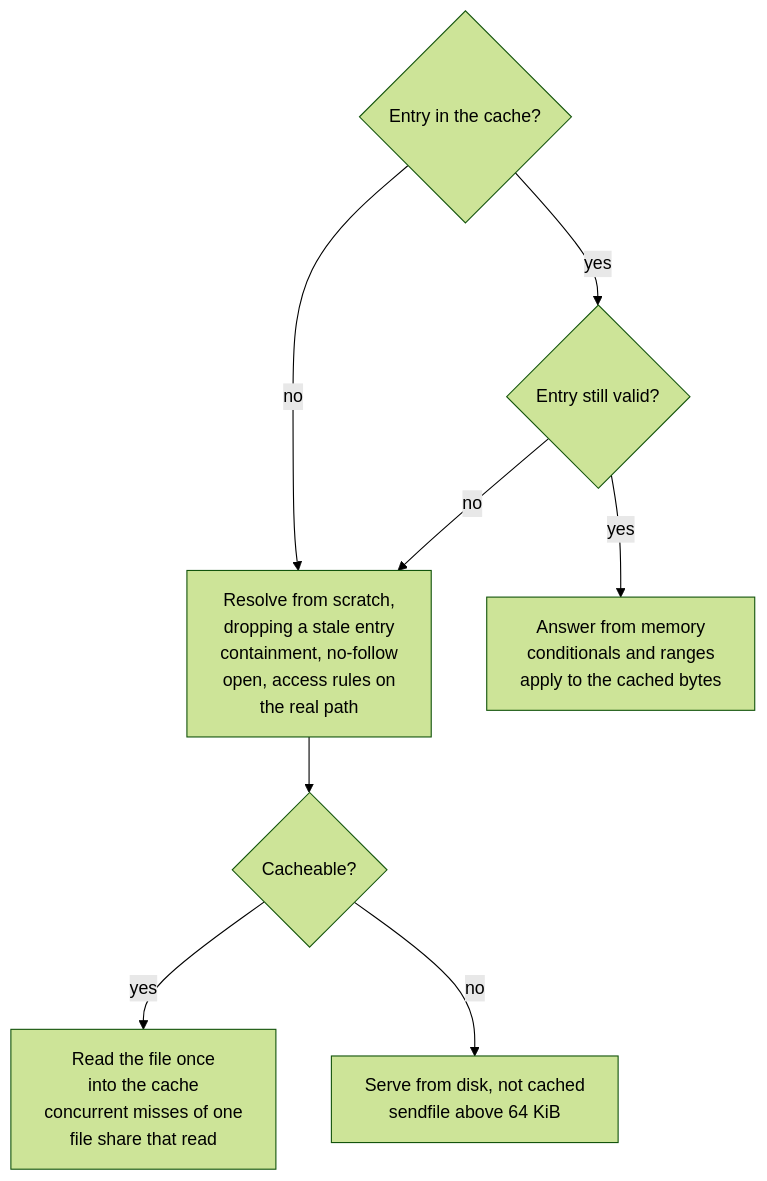
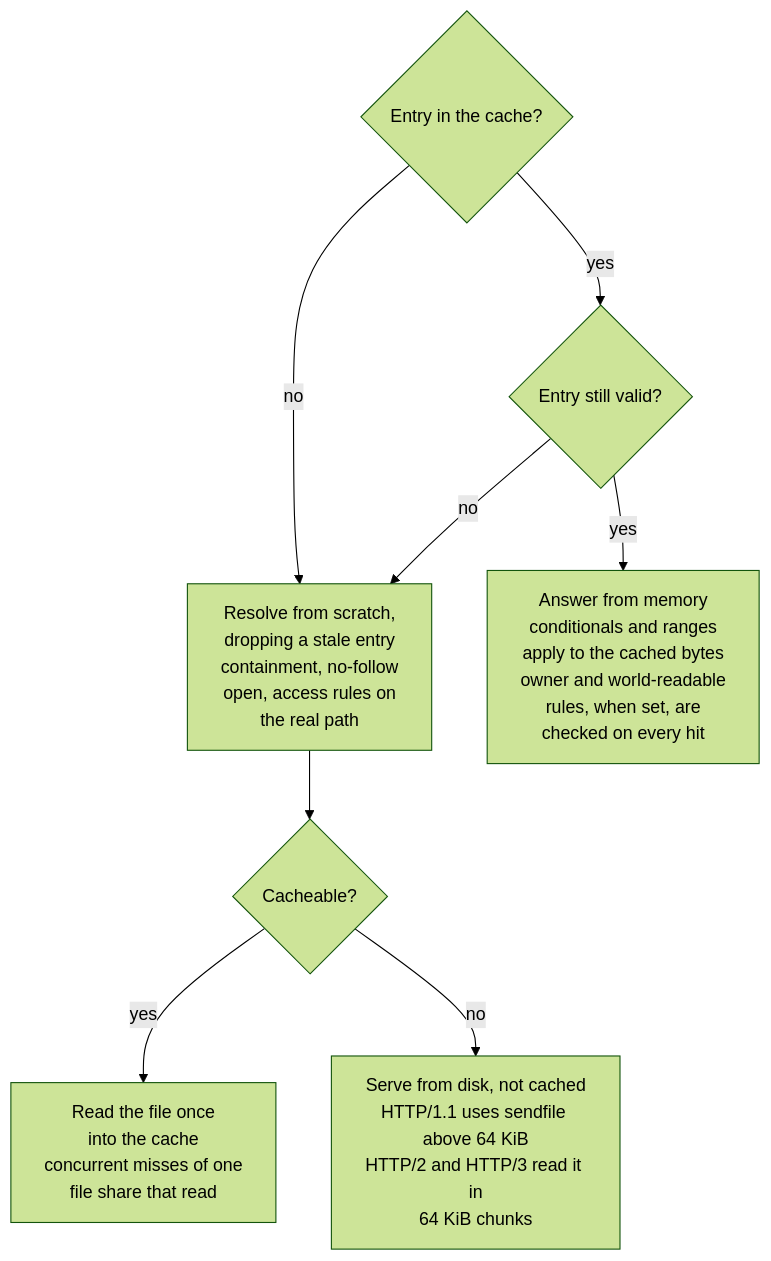
The first of 2 diagrams in docs/user/caching-and-ranges.md (BlivionIaG/sjws_nettask), drawn with Mermaid (forest theme) before and after one commit. The commit also changed 14 other files, not shown here.

````diff
--- a/docs/user/caching-and-ranges.md
+++ b/docs/user/caching-and-ranges.md
@@ -6,10 +6,10 @@
 ```mermaid
 flowchart TD
     k{"Entry in the cache?"} -->|yes| v{"Entry still valid?"}
     k -->|no| r
-    v -->|yes| hit["Answer from memory<br/>conditionals and ranges<br/>apply to the cached bytes"]
+    v -->|yes| hit["Answer from memory<br/>conditionals and ranges<br/>apply to the cached bytes<br/>owner and world-readable<br/>rules, when set, are<br/>checked on every hit"]
     v -->|no| r["Resolve from scratch,<br/>dropping a stale entry<br/>containment, no-follow<br/>open, access rules on<br/>the real path"]
     r --> f{"Cacheable?"}
     f -->|yes| l["Read the file once<br/>into the cache<br/>concurrent misses of one<br/>file share that read"]
-    f -->|no| s["Serve from disk, not cached<br/>sendfile above 64 KiB"]
+    f -->|no| s["Serve from disk, not cached<br/>HTTP/1.1 uses sendfile above 64 KiB<br/>HTTP/2 and HTTP/3 read it in<br/>64 KiB chunks"]
 ```
````
